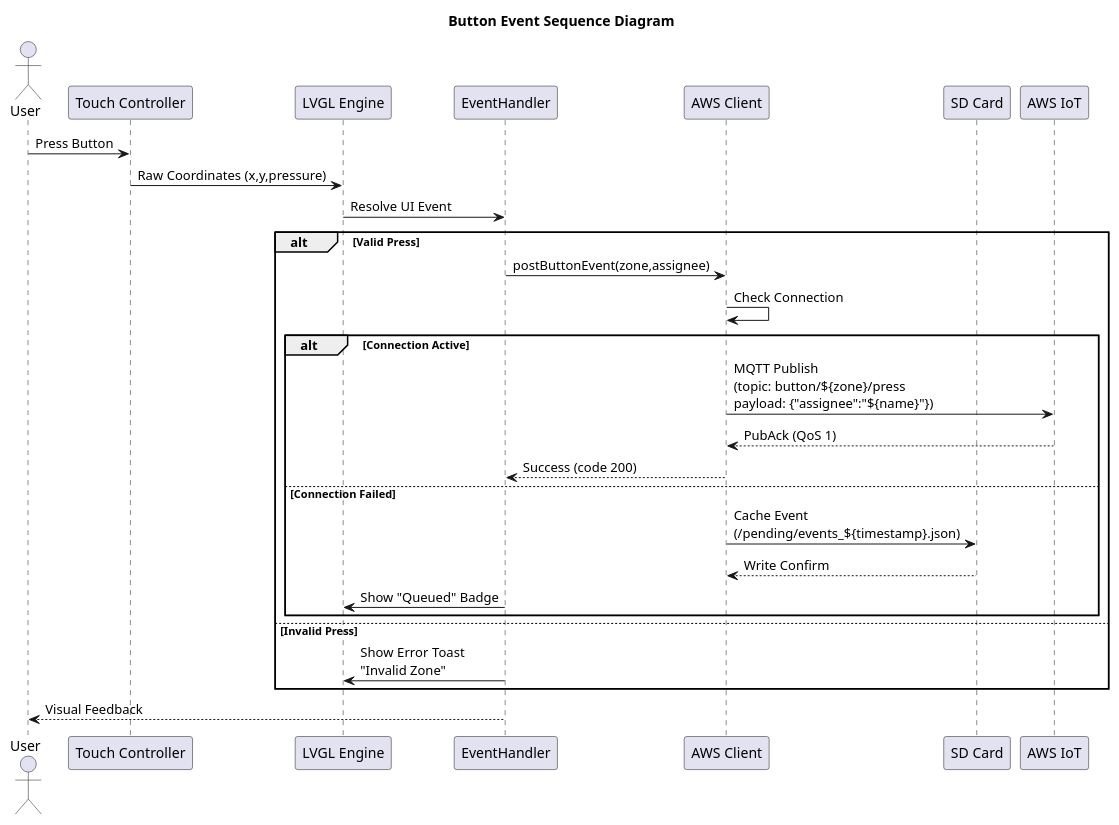
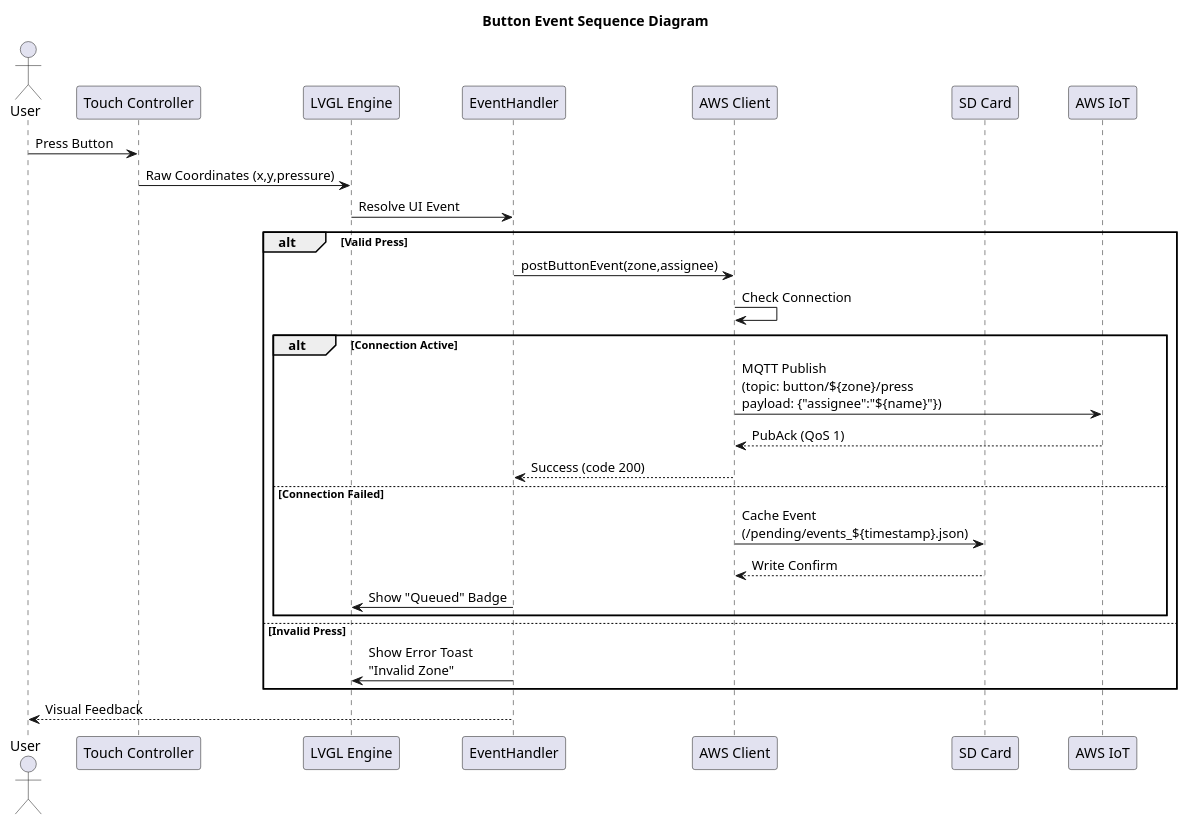
The diagram in diagrams/sequence.puml (TingRubato/cydOS), drawn with PlantUML before and after one commit. The commit also changed 3 other files, not shown here.

Commit message:
docs: add documentation headers to PlantUML diagrams

```diff
--- a/diagrams/sequence.puml
+++ b/diagrams/sequence.puml
@@ -1,34 +1,53 @@
 @startuml
+'/**
+' * @file sequence.puml 
+' * @brief Button Press Event Sequence Flow
+' *
+' * Documents the end-to-end flow from physical button press
+' * to cloud notification and error handling
+' *
+' * Sequence:
+' * 1. Physical interaction
+' * 2. UI event processing  
+' * 3. Cloud communication
+' * 4. Offline fallback
+' *
+' * Error Conditions:
+' * - Invalid touch coordinates
+' * - Network unavailable
+' */
 title Button Event Sequence Diagram
+skinparam ParticipantPadding 20
+skinparam BoxPadding 10
 
 actor User
 participant "Touch Controller" as touch
 participant "LVGL Engine" as lvgl
 participant "EventHandler" as handler
 participant "AWS Client" as aws
 participant "SD Card" as sd
 
 User -> touch : Press Button
 touch -> lvgl : Raw Coordinates (x,y,pressure)
 lvgl -> handler : Resolve UI Event
 
 alt Valid Press
   handler -> aws : postButtonEvent(zone,assignee)
   
   aws -> aws : Check Connection
   alt Connection Active
     aws -> "AWS IoT" : MQTT Publish\n(topic: button/${zone}/press\npayload: {"assignee":"${name}"})
     "AWS IoT" --> aws : PubAck (QoS 1)
     aws --> handler : Success (code 200)
   else Connection Failed
     aws -> sd : Cache Event\n(/pending/events_${timestamp}.json)
     sd --> aws : Write Confirm
     handler -> lvgl : Show "Queued" Badge
   end
   
 else Invalid Press
   handler -> lvgl : Show Error Toast\n"Invalid Zone"
 end
 
 handler --> User : Visual Feedback
 @enduml
```
